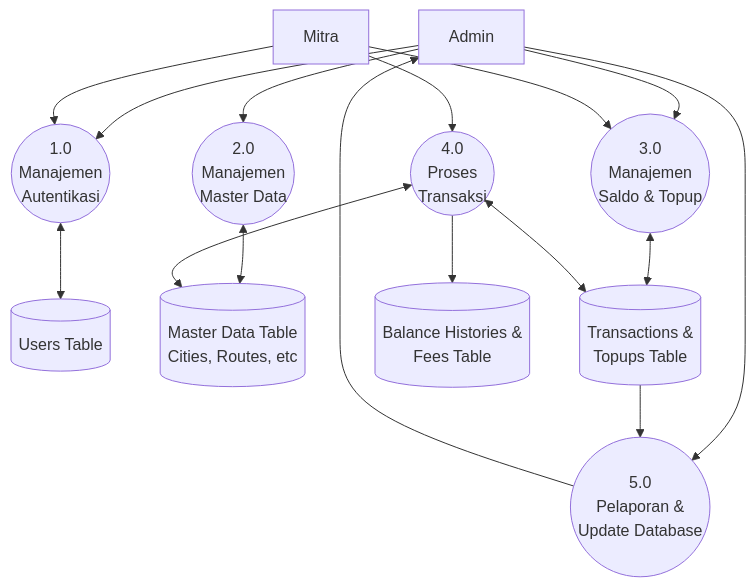
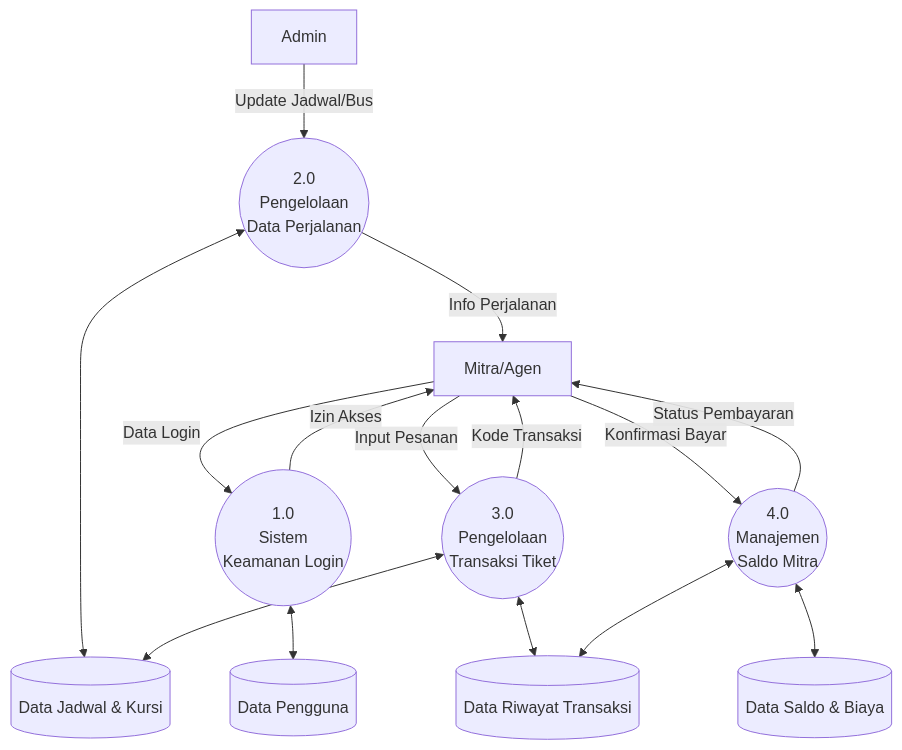
The third of 3 diagrams in DIAGRAMS.md (tesyaniap/netzme), drawn with Mermaid before and after one commit. The commit also changed other lines of this file and 2 other files, not shown here.

Commit message:
feat: add reject_reason for topups and update documentation

````diff
--- a/DIAGRAMS.md
+++ b/DIAGRAMS.md
@@ -53,38 +52,37 @@
 ```mermaid
 graph TD
     %% Entitas Luar
     Admin[Admin]
-    Mitra[Mitra]
+    Mitra[Mitra/Agen]
 
-    %% Proses-Proses Utama
-    P1((1.0\nManajemen\nAutentikasi))
-    P2((2.0\nManajemen\nMaster Data))
-    P3((3.0\nManajemen\nSaldo & Topup))
-    P4((4.0\nProses\nTransaksi))
-    P5((5.0\nPelaporan &\nUpdate Database))
+    %% Proses Utama
+    P1((1.0<br/>Sistem<br/>Keamanan Login))
+    P2((2.0<br/>Pengelolaan<br/>Data Perjalanan))
+    P3((3.0<br/>Pengelolaan<br/>Transaksi Tiket))
+    P4((4.0<br/>Manajemen<br/>Saldo Mitra))
 
-    %% Data Stores
-    D1[(Users Table)]
-    D2[(Master Data Table\nCities, Routes, etc)]
-    D3[(Transactions & \nTopups Table)]
-    D4[(Balance Histories & \nFees Table)]
+    %% Penyimpanan Data (Storage)
+    D1[(Data Pengguna)]
+    D2[(Data Jadwal & Kursi)]
+    D3[(Data Riwayat Transaksi)]
+    D4[(Data Saldo & Biaya)]
 
-    %% Aliran Data Admin
-    Admin --> P1
-    Admin --> P2
-    Admin --> P3
-    Admin --> P5
+    %% Aliran Data
+    Mitra -- Data Login --> P1
+    P1 <--> D1
+    P1 -- Izin Akses --> Mitra
+
+    Admin -- Update Jadwal/Bus --> P2
     P2 <--> D2
+    P2 -- Info Perjalanan --> Mitra
+
+    Mitra -- Input Pesanan --> P3
+    P3 <--> D2
     P3 <--> D3
+    P3 -- Kode Transaksi --> Mitra
 
-    %% Aliran Data Mitra
-    Mitra --> P1
-    Mitra --> P3
-    Mitra --> P4
-    P1 <--> D1
-    P4 <--> D2
+    Mitra -- Konfirmasi Bayar --> P4
     P4 <--> D3
-    D3 --> P5
-    P4 --> D4
-    P5 --> Admin
+    P4 <--> D4
+    P4 -- Status Pembayaran --> Mitra
 ```
````
